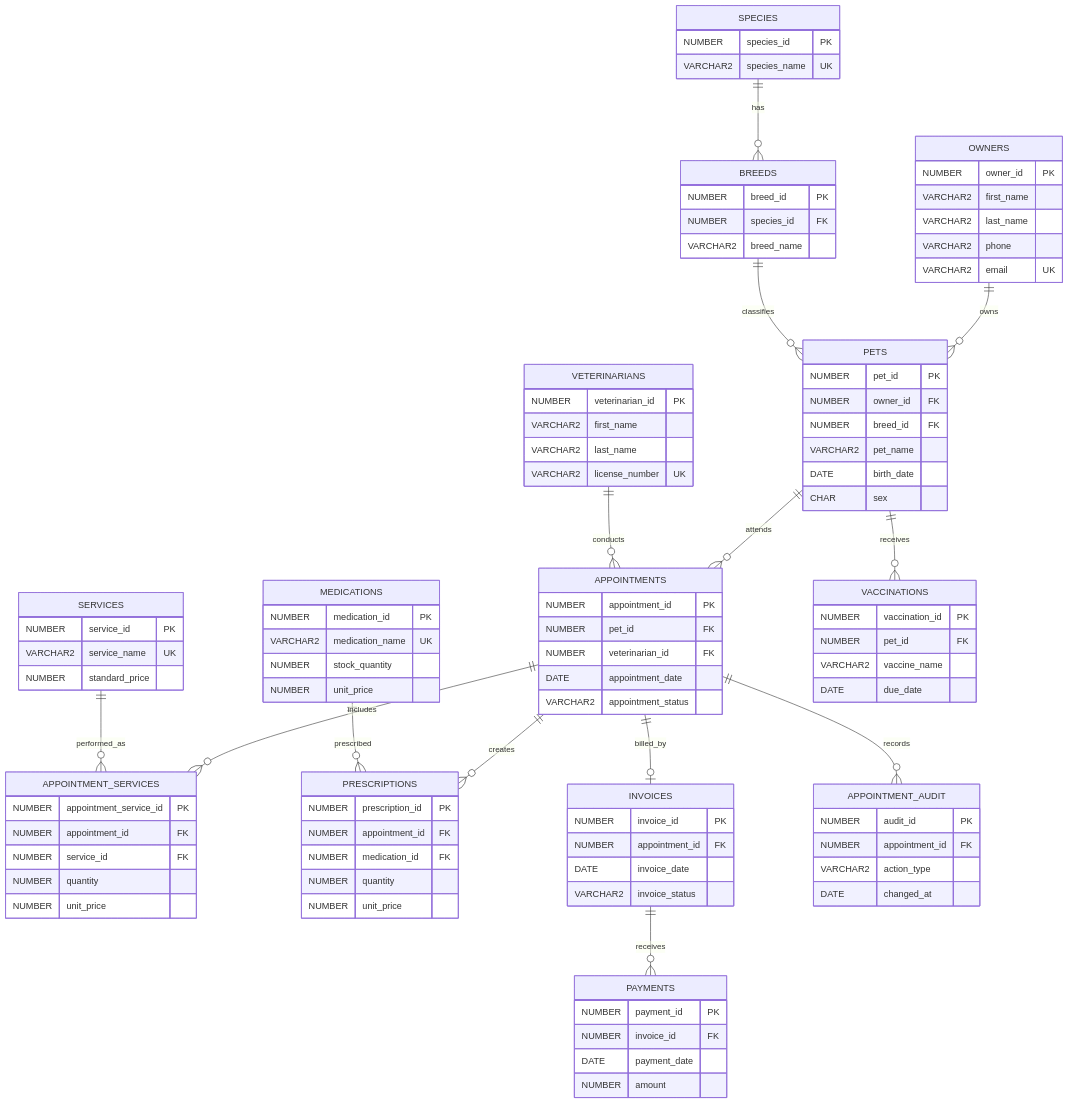
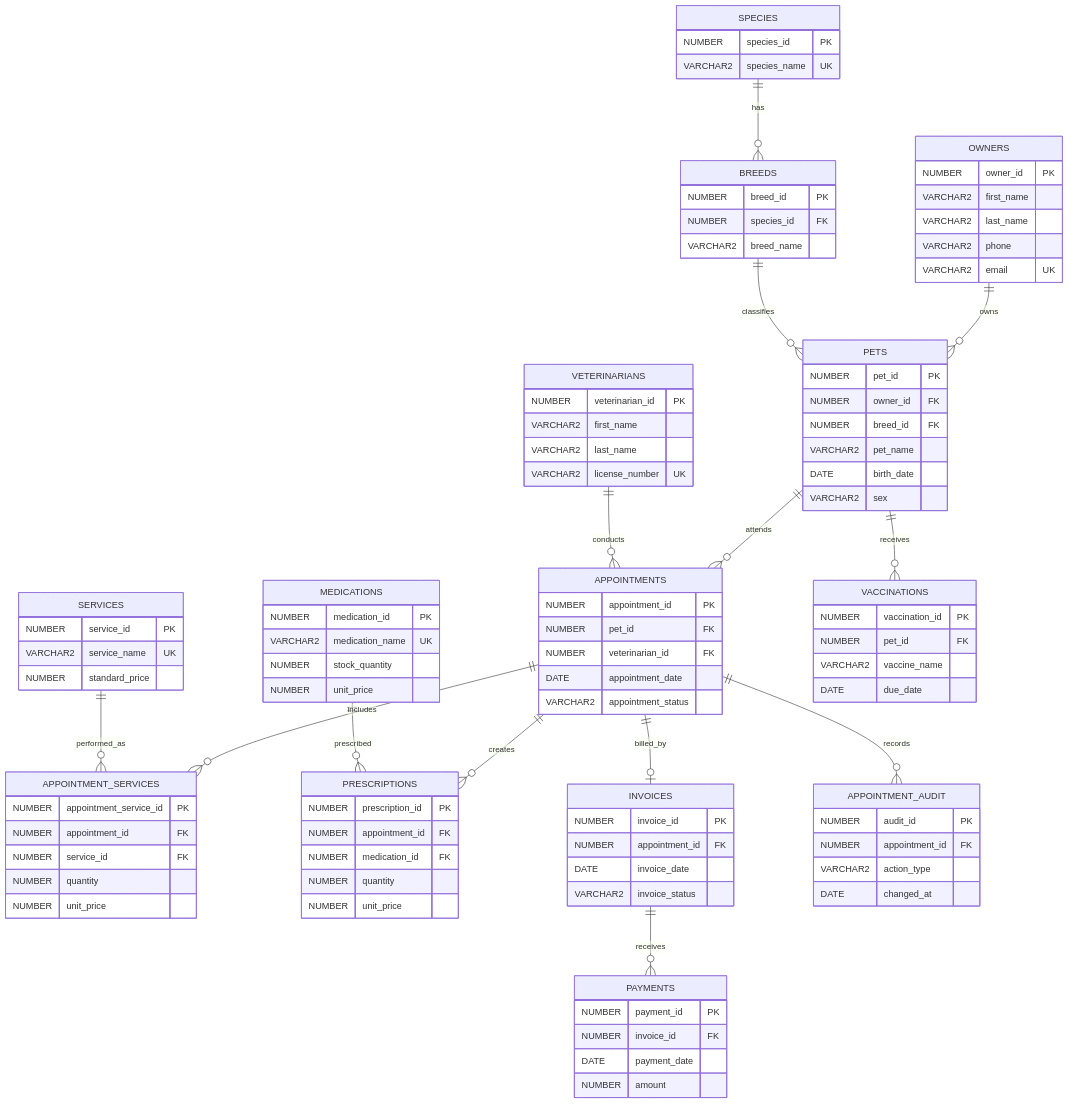
Before and after one commit to AFNafi/vet-clinic: the diagram in docs/erd.md, drawn with Mermaid. The commit also changed 6 other files, not shown here.

```diff
--- a/docs/erd.md
+++ b/docs/erd.md
@@ -40,7 +40,7 @@
         NUMBER breed_id FK
         VARCHAR2 pet_name
         DATE birth_date
-        CHAR sex
+        VARCHAR2 sex
     }
     VETERINARIANS {
         NUMBER veterinarian_id PK
```
